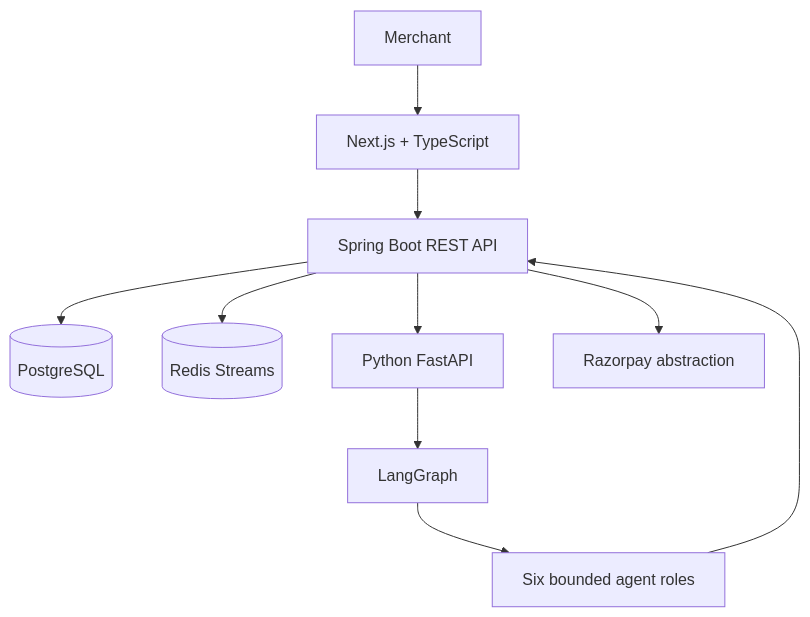
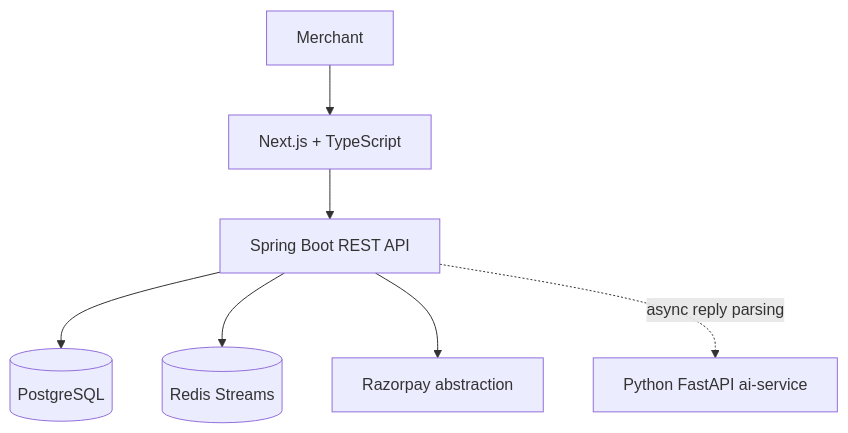
One commit to rushikeshbathe096/Mend changed the second of 2 diagrams in README.md. Above: the diagram before and after it, drawn with Mermaid. The commit also changed other lines of this file and 7 other files, not shown here.

````diff
--- a/README.md
+++ b/README.md
@@ -29,12 +32,9 @@
 ```mermaid
 flowchart TD
   Merchant[Merchant] --> Frontend[Next.js + TypeScript]
   Frontend --> Backend[Spring Boot REST API]
   Backend --> Postgres[(PostgreSQL)]
   Backend --> Redis[(Redis Streams)]
-  Backend --> AI[Python FastAPI]
-  AI --> Graph[LangGraph]
-  Graph --> Six[Six bounded agent roles]
-  Six --> Backend
   Backend --> Provider[Razorpay abstraction]
+  Backend -. async reply parsing .-> AI[Python FastAPI ai-service]
 ```
````
